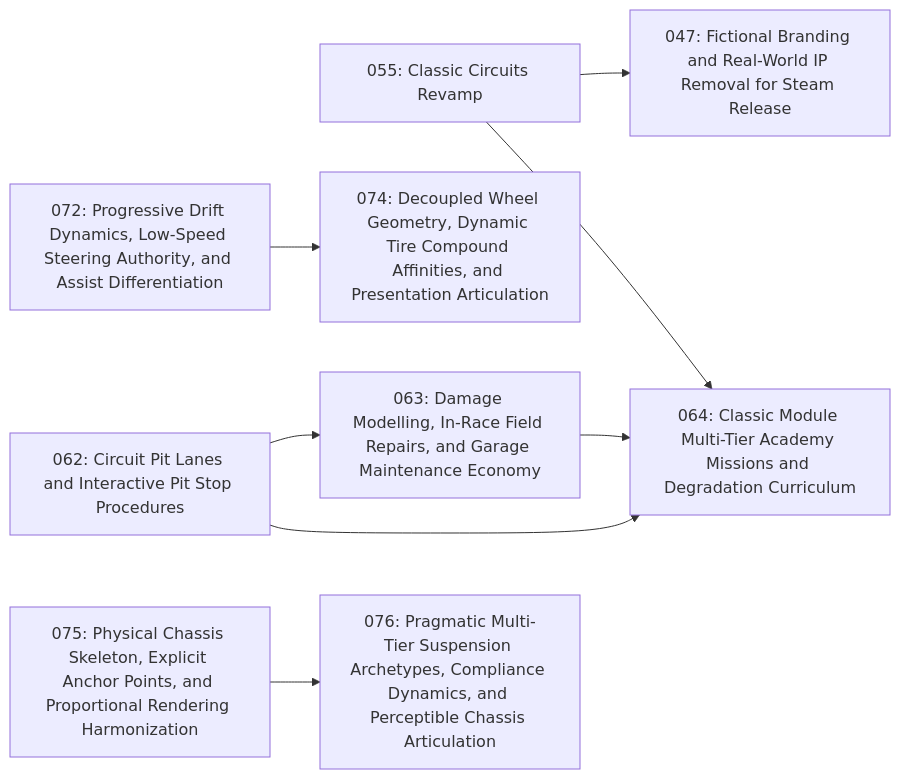
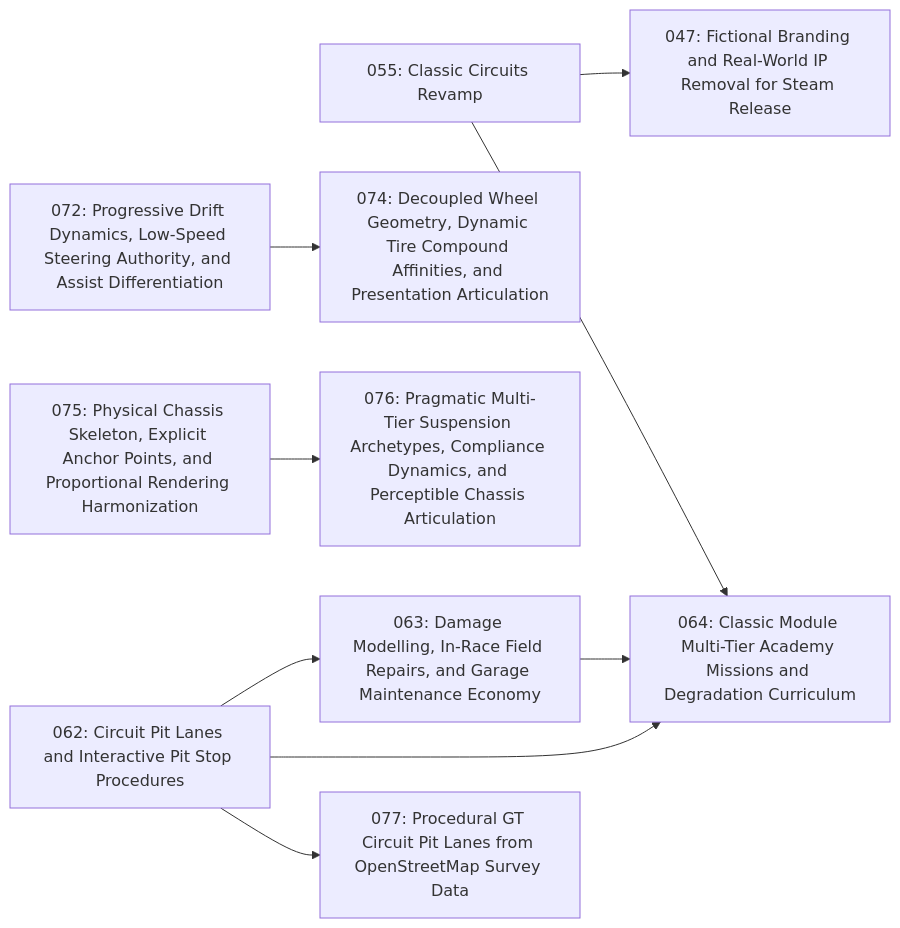
The diagram in specs/index.md (magomar/tdrace), drawn with Mermaid before and after one commit. The commit also changed other lines of this file and 3 other files, not shown here.

Commit message:
docs(spec): draft Spec 077 procedural GT circuit pit lanes (tdrace-dkgt)

````diff
--- a/specs/index.md
+++ b/specs/index.md
@@ -103,19 +104,21 @@
 ```mermaid
 flowchart LR
     047["047: Fictional Branding and Real-World IP Removal for Steam Release"]
     055["055: Classic Circuits Revamp"]
     062["062: Circuit Pit Lanes and Interactive Pit Stop Procedures"]
     063["063: Damage Modelling, In-Race Field Repairs, and Garage Maintenance Economy"]
     064["064: Classic Module Multi-Tier Academy Missions and Degradation Curriculum"]
     072["072: Progressive Drift Dynamics, Low-Speed Steering Authority, and Assist Differentiation"]
     074["074: Decoupled Wheel Geometry, Dynamic Tire Compound Affinities, and Presentation Articulation"]
     075["075: Physical Chassis Skeleton, Explicit Anchor Points, and Proportional Rendering Harmonization"]
     076["076: Pragmatic Multi-Tier Suspension Archetypes, Compliance Dynamics, and Perceptible Chassis Articulation"]
+    077["077: Procedural GT Circuit Pit Lanes from OpenStreetMap Survey Data"]
     055 --> 047
     062 --> 063
     055 --> 064
     062 --> 064
     063 --> 064
     072 --> 074
     075 --> 076
+    062 --> 077
 ```
````
